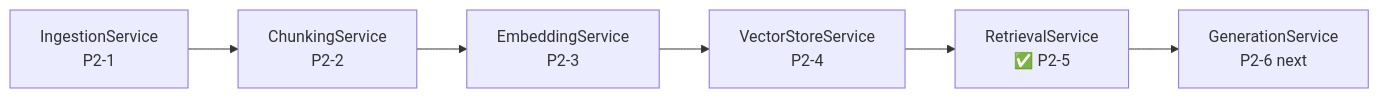
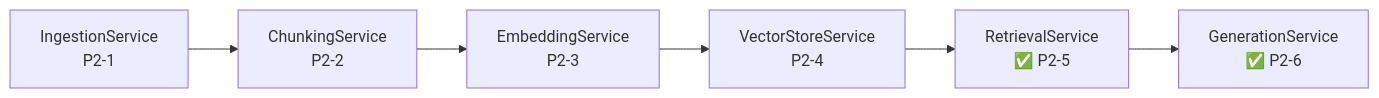
One commit to anulsasidharan/Unified-RAG-Studio changed diagram 26 of 32 in docs/internal/PROJECT_SYSTEM_DESIGN_EVOLUTION.md. Above: the diagram before and after it, drawn with Mermaid. The commit also changed other lines of this file and 13 other files, not shown here.

Commit message:
P2-6 Generation Service — multi-provider RAG LLM layer

````diff
--- a/docs/internal/PROJECT_SYSTEM_DESIGN_EVOLUTION.md
+++ b/docs/internal/PROJECT_SYSTEM_DESIGN_EVOLUTION.md
@@ -1210,8 +1210,8 @@
 ```mermaid
 graph LR
     ING["IngestionService\nP2-1"] --> CHK["ChunkingService\nP2-2"]
     CHK --> EMB["EmbeddingService\nP2-3"]
     EMB --> VS["VectorStoreService\nP2-4"]
     VS --> RTV["RetrievalService\n✅ P2-5"]
-    RTV --> GEN["GenerationService\nP2-6 next"]
+    RTV --> GEN["GenerationService\n✅ P2-6"]
 ```
````
